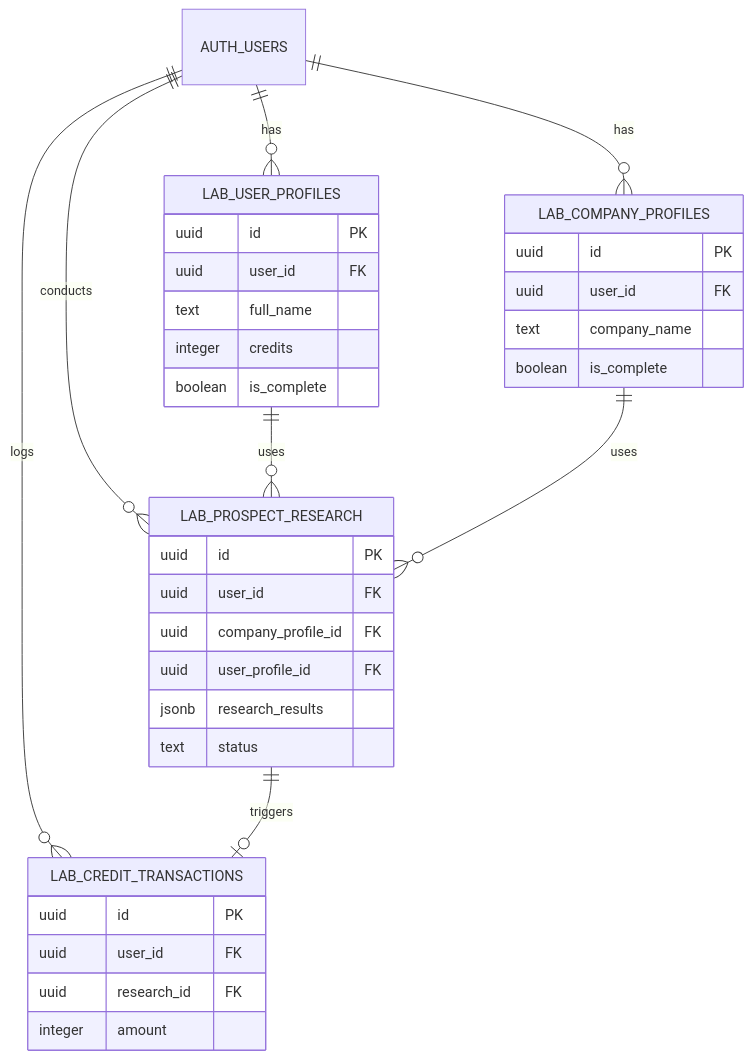
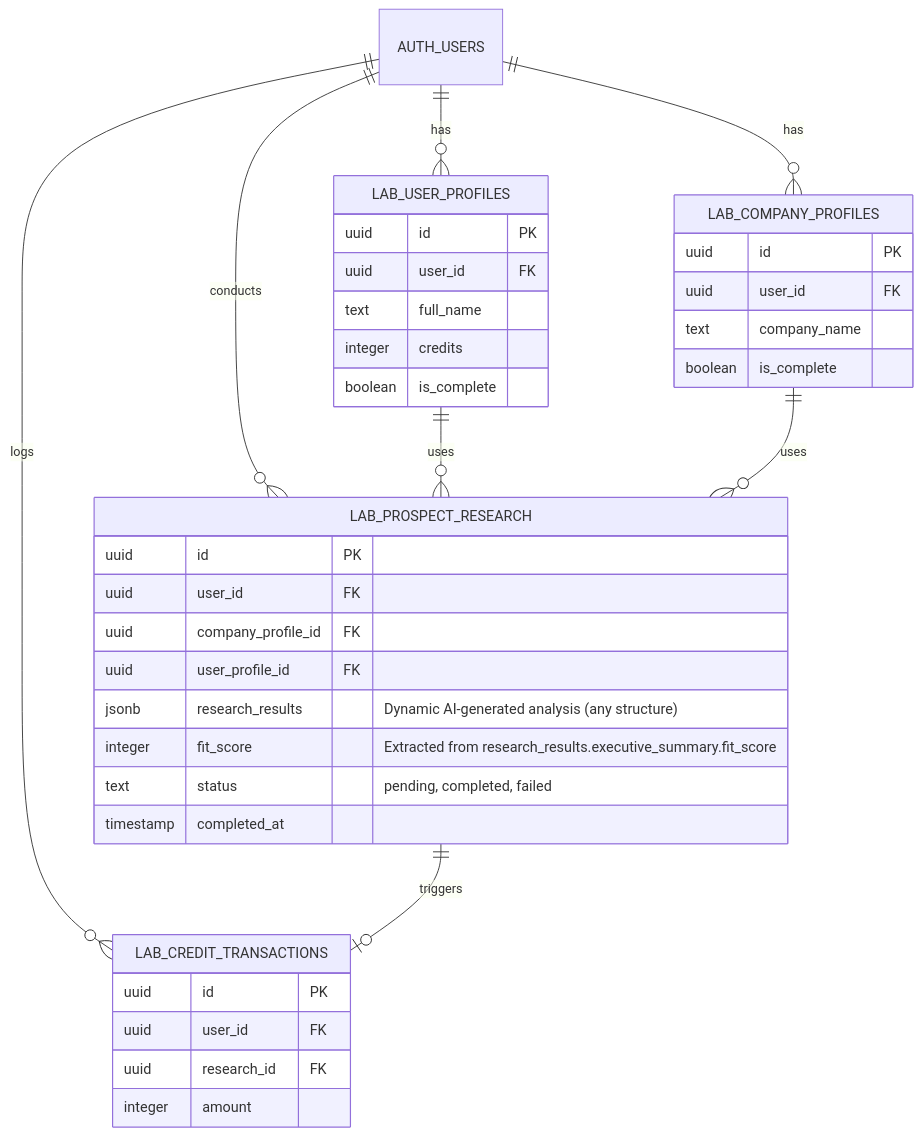
Before and after one commit to magnusfroste/lazyjames-research: the seventh of 7 diagrams in docs/PRD.md, drawn with Mermaid. The commit also changed other lines of this file, not shown here.

````diff
--- a/docs/PRD.md
+++ b/docs/PRD.md
@@ -551,42 +1468,44 @@
 ```mermaid
 erDiagram
     AUTH_USERS ||--o{ LAB_USER_PROFILES : "has"
     AUTH_USERS ||--o{ LAB_COMPANY_PROFILES : "has"
     AUTH_USERS ||--o{ LAB_PROSPECT_RESEARCH : "conducts"
     AUTH_USERS ||--o{ LAB_CREDIT_TRANSACTIONS : "logs"
     
     LAB_USER_PROFILES ||--o{ LAB_PROSPECT_RESEARCH : "uses"
     LAB_COMPANY_PROFILES ||--o{ LAB_PROSPECT_RESEARCH : "uses"
     LAB_PROSPECT_RESEARCH ||--o| LAB_CREDIT_TRANSACTIONS : "triggers"
     
     LAB_USER_PROFILES {
         uuid id PK
         uuid user_id FK
         text full_name
         integer credits
         boolean is_complete
     }
     
     LAB_COMPANY_PROFILES {
         uuid id PK
         uuid user_id FK
         text company_name
         boolean is_complete
     }
     
     LAB_PROSPECT_RESEARCH {
         uuid id PK
         uuid user_id FK
         uuid company_profile_id FK
         uuid user_profile_id FK
-        jsonb research_results
-        text status
+        jsonb research_results "Dynamic AI-generated analysis (any structure)"
+        integer fit_score "Extracted from research_results.executive_summary.fit_score"
+        text status "pending, completed, failed"
+        timestamp completed_at
     }
     
     LAB_CREDIT_TRANSACTIONS {
         uuid id PK
         uuid user_id FK
         uuid research_id FK
         integer amount
     }
 ```
````
